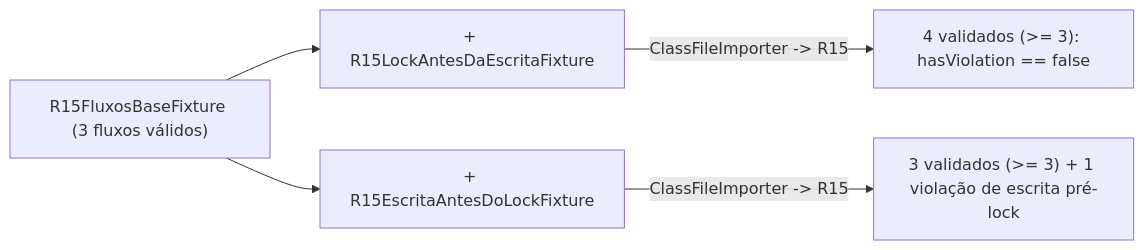
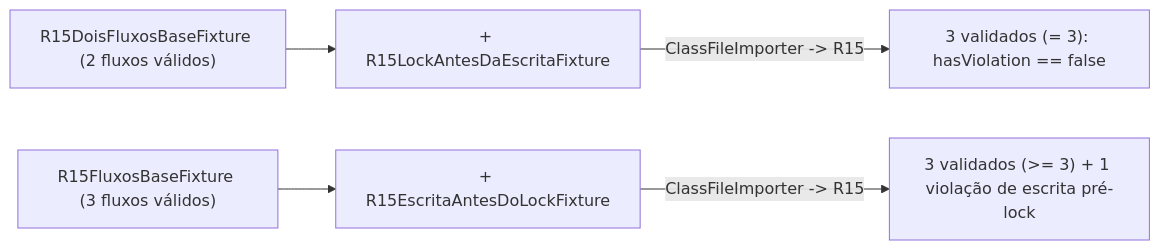
Before and after one commit to iXDGabrielTK/petshop-microservices: the diagram in docs/debt/DEBT-ARCH-005/E2.md, drawn with Mermaid. The commit also changed other lines of this file and 3 other files, not shown here.

Commit message:
test(arch): ancora cenario positivo da R15 na escrita da fixture com base de dois fluxos (Q3)

````diff
--- a/docs/debt/DEBT-ARCH-005/E2.md
+++ b/docs/debt/DEBT-ARCH-005/E2.md
@@ -51,7 +52,7 @@
 ```mermaid
 flowchart LR
-    BASE["R15FluxosBaseFixture (3 fluxos válidos)"] --> POS["+ R15LockAntesDaEscritaFixture"]
-    BASE --> NEG["+ R15EscritaAntesDoLockFixture"]
-    POS -->|"ClassFileImporter -> R15"| OK["4 validados (>= 3): hasViolation == false"]
+    BASE2["R15DoisFluxosBaseFixture (2 fluxos válidos)"] --> POS["+ R15LockAntesDaEscritaFixture"]
+    BASE["R15FluxosBaseFixture (3 fluxos válidos)"] --> NEG["+ R15EscritaAntesDoLockFixture"]
+    POS -->|"ClassFileImporter -> R15"| OK["3 validados (= 3): hasViolation == false"]
     NEG -->|"ClassFileImporter -> R15"| ERR["3 validados (>= 3) + 1 violação de escrita pré-lock"]
 ```
````
